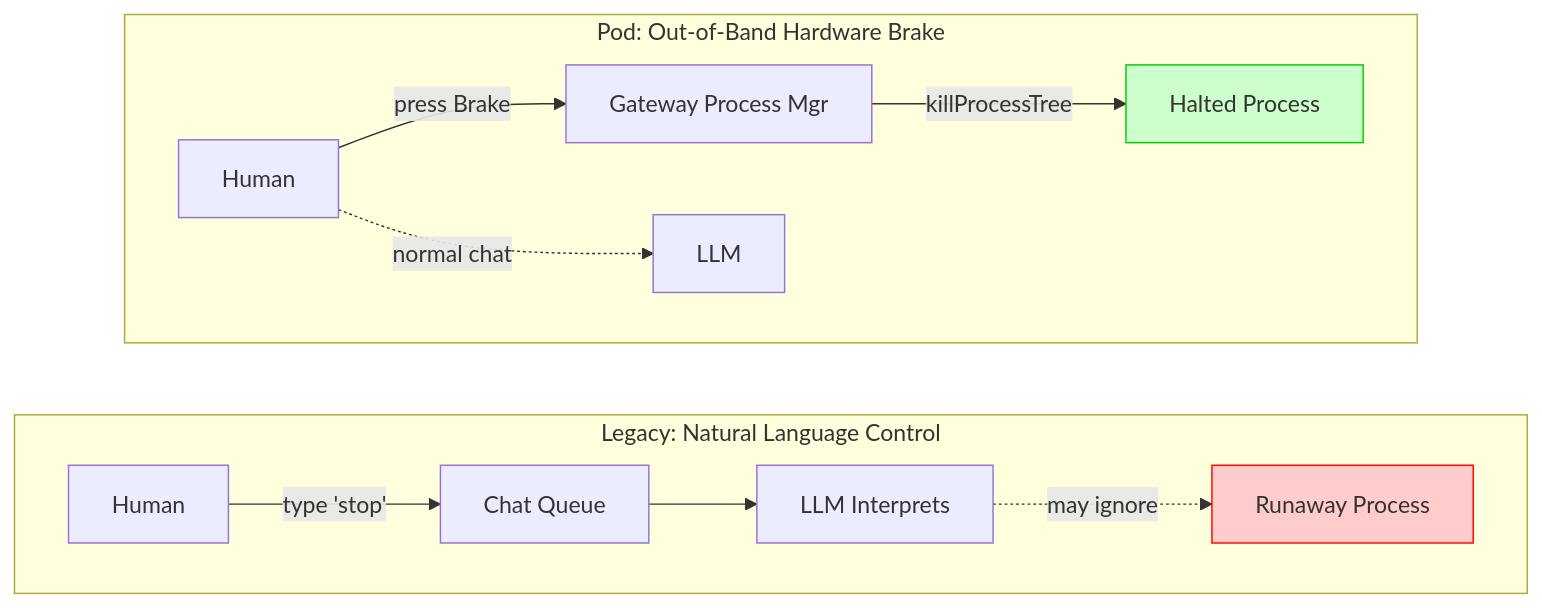
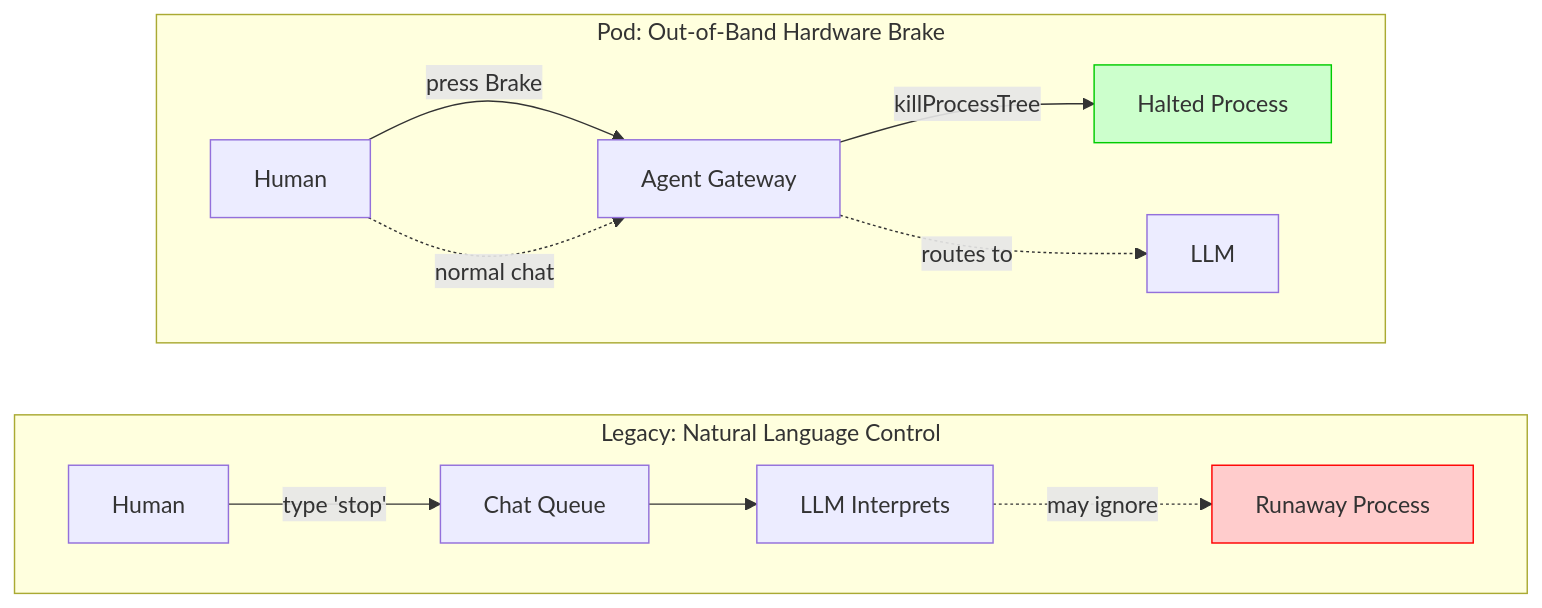
One commit to styin/openpod changed the first of 4 diagrams in README.md. Above: the diagram before and after it, drawn with Mermaid. The commit also changed 29 other files, not shown here.

````diff
--- a/README.md
+++ b/README.md
@@ -33,18 +33,19 @@
 ```mermaid
 graph LR
     subgraph legacy["Legacy: Natural Language Control"]
         direction LR
         UserA[Human] -->|type 'stop'| ChatA[Chat Queue]
         ChatA --> LLM_A[LLM Interprets]
         LLM_A -.->|may ignore| ProcA[Runaway Process]
         style ProcA fill:#ffcccc,stroke:#ff0000
     end
 
     subgraph pod["Pod: Out-of-Band Hardware Brake"]
         direction LR
-        UserB[Human] -->|press Brake| GW[Gateway Process Mgr]
+        UserB[Human] -->|press Brake| GW[Agent Gateway]
         GW -->|killProcessTree| ProcB[Halted Process]
-        UserB -.->|normal chat| LLM_B[LLM]
+        UserB -.->|normal chat| GW
+        GW -.->|routes to| LLM_B[LLM]
         style ProcB fill:#ccffcc,stroke:#00cc00
     end
 ```
````
